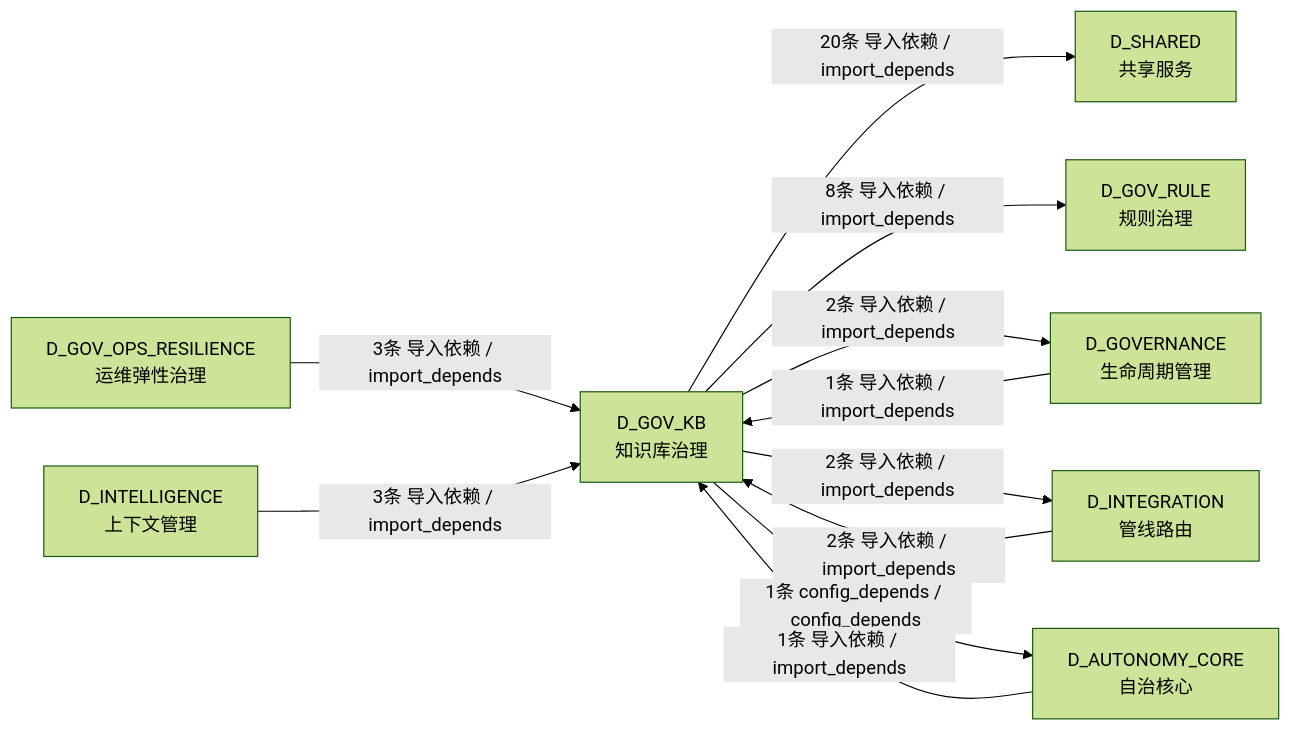
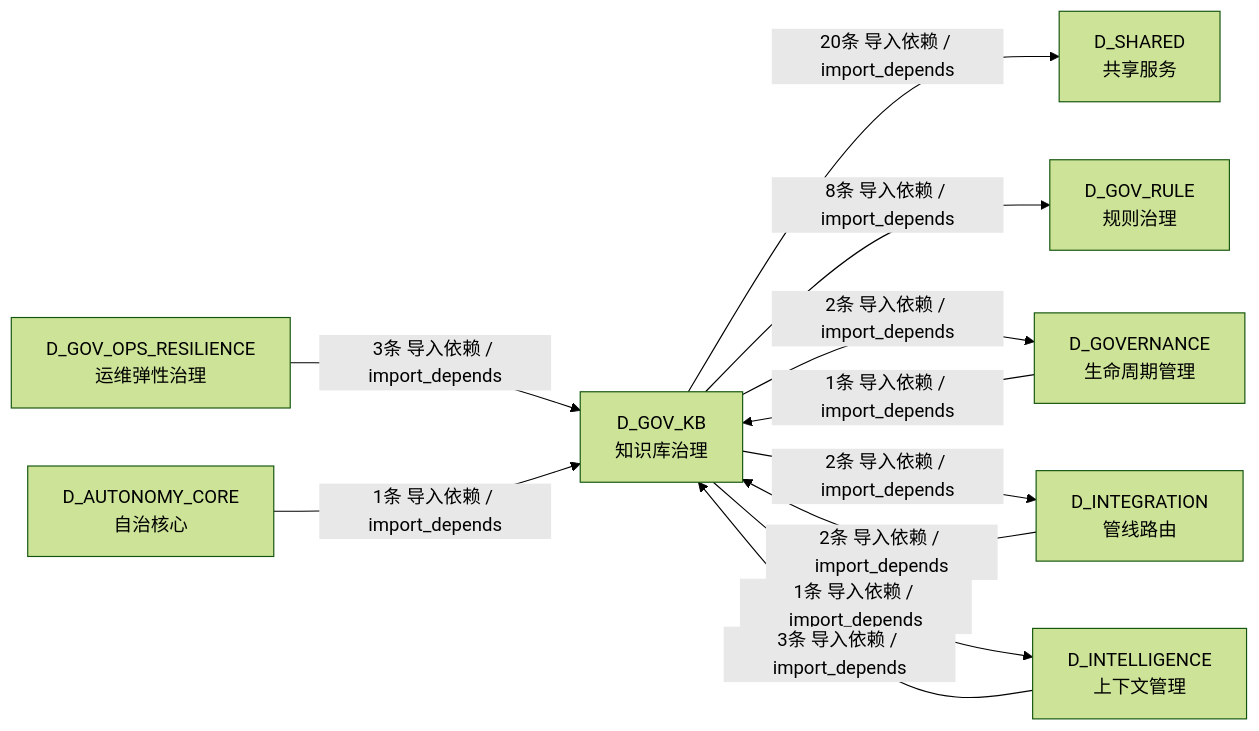
One commit to xuanFelixVan/ZephyrAlpha changed the fifth of 5 diagrams in docs/02_enterprise_architecture/02_domain_architecture_docs/43_d_gov_kb.md. Above: the diagram before and after it, drawn with Mermaid (forest theme). The commit also changed other lines of this file and 115 other files, not shown here.

````diff
--- a/docs/02_enterprise_architecture/02_domain_architecture_docs/43_d_gov_kb.md
+++ b/docs/02_enterprise_architecture/02_domain_architecture_docs/43_d_gov_kb.md
@@ -380,21 +378,21 @@
 ```mermaid
 graph LR
     D_GOV_KB["D_GOV_KB<br/>知识库治理"]
     D_SHARED["D_SHARED<br/>共享服务"]
     D_GOV_RULE["D_GOV_RULE<br/>规则治理"]
     D_GOVERNANCE["D_GOVERNANCE<br/>生命周期管理"]
     D_INTEGRATION["D_INTEGRATION<br/>管线路由"]
+    D_INTELLIGENCE["D_INTELLIGENCE<br/>上下文管理"]
+    D_GOV_OPS_RESILIENCE["D_GOV_OPS_RESILIENCE<br/>运维弹性治理"]
     D_AUTONOMY_CORE["D_AUTONOMY_CORE<br/>自治核心"]
-    D_GOV_OPS_RESILIENCE["D_GOV_OPS_RESILIENCE<br/>运维弹性治理"]
-    D_INTELLIGENCE["D_INTELLIGENCE<br/>上下文管理"]
     D_GOV_KB -->|20条 导入依赖 / import_depends| D_SHARED
     D_GOV_KB -->|8条 导入依赖 / import_depends| D_GOV_RULE
     D_GOV_KB -->|2条 导入依赖 / import_depends| D_GOVERNANCE
     D_GOV_KB -->|2条 导入依赖 / import_depends| D_INTEGRATION
-    D_GOV_KB -->|1条 config_depends / config_depends| D_AUTONOMY_CORE
+    D_GOV_KB -->|1条 导入依赖 / import_depends| D_INTELLIGENCE
     D_GOV_OPS_RESILIENCE -->|3条 导入依赖 / import_depends| D_GOV_KB
     D_INTELLIGENCE -->|3条 导入依赖 / import_depends| D_GOV_KB
     D_INTEGRATION -->|2条 导入依赖 / import_depends| D_GOV_KB
     D_AUTONOMY_CORE -->|1条 导入依赖 / import_depends| D_GOV_KB
     D_GOVERNANCE -->|1条 导入依赖 / import_depends| D_GOV_KB
 ```
````
